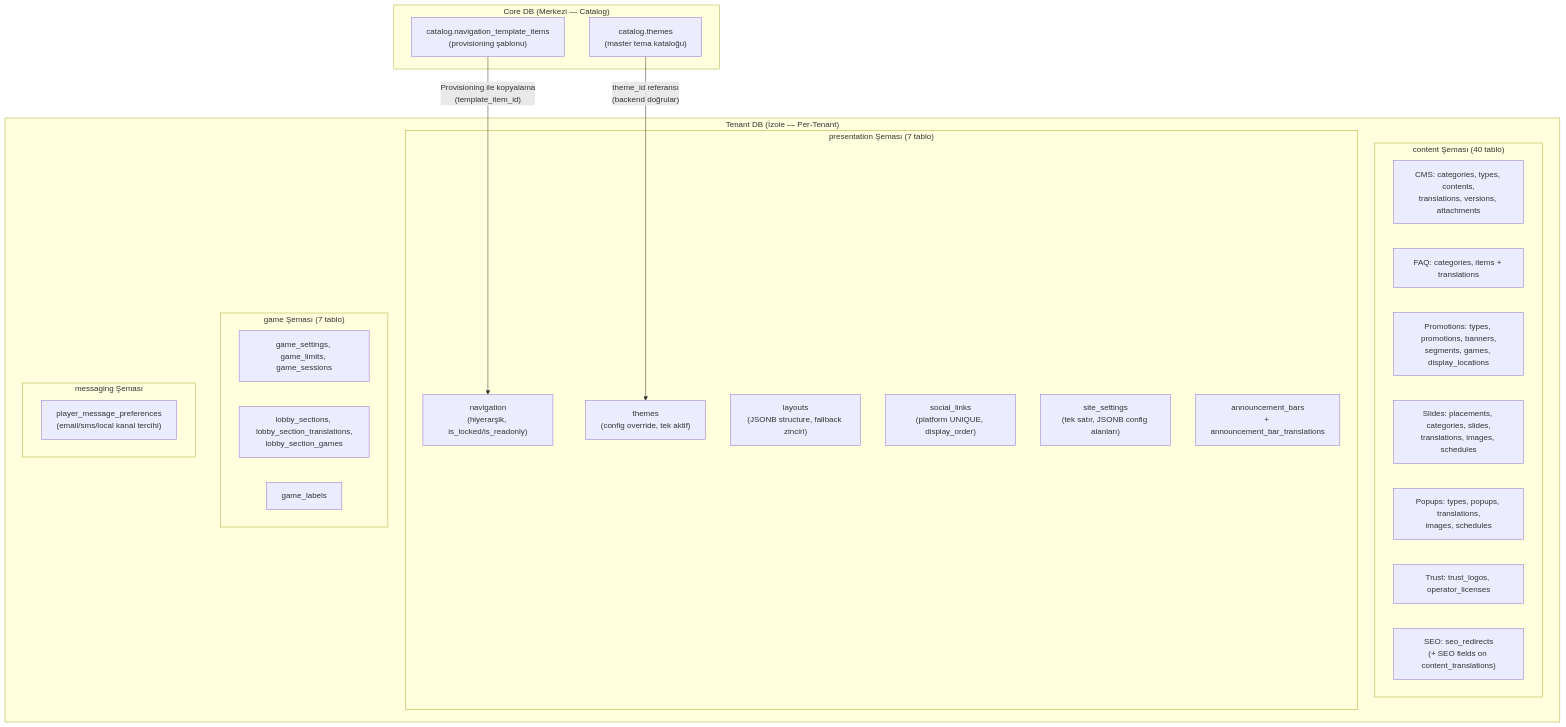
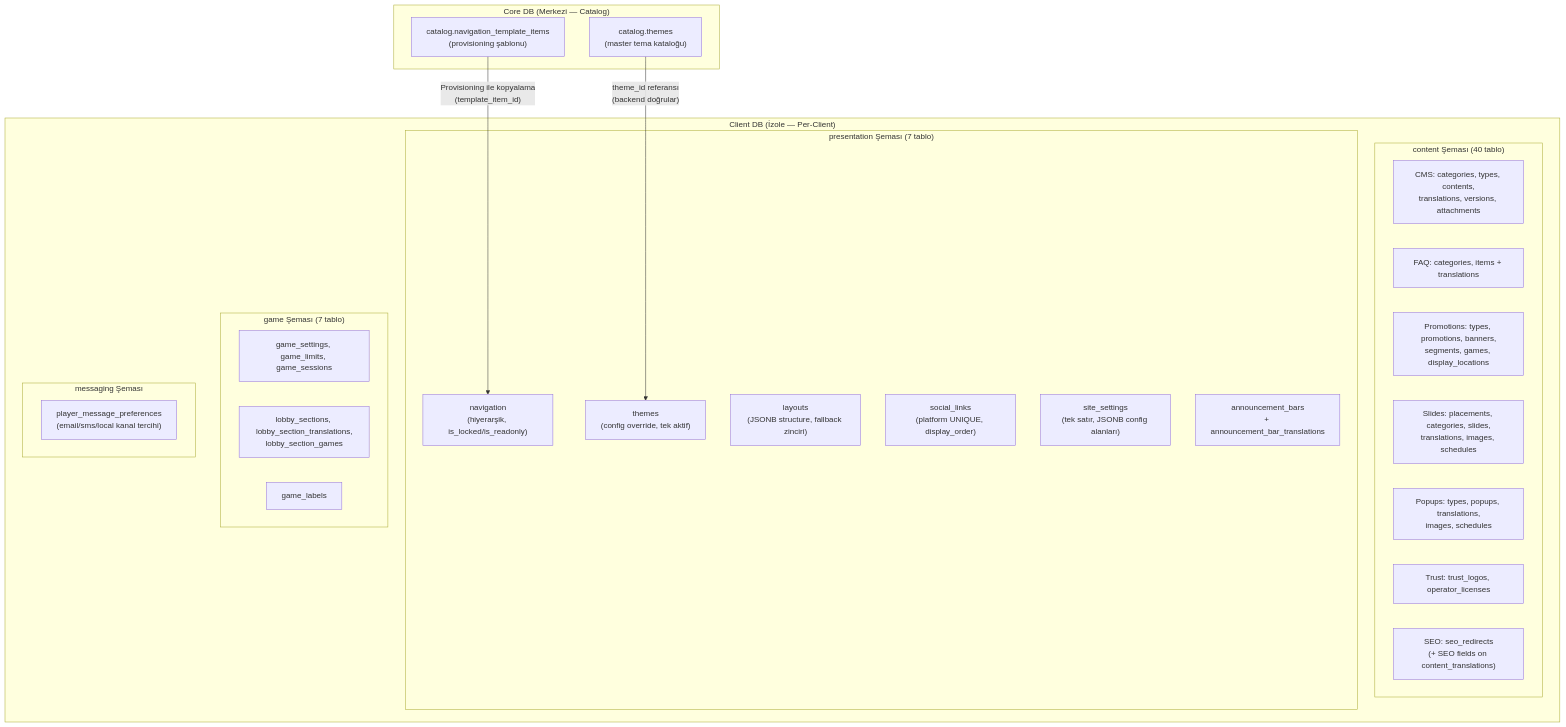
The first of 4 diagrams in .docs/guides/SITE_MANAGEMENT_GUIDE.md (frhtshn/One.DB), drawn with Mermaid before and after one commit. The commit also changed other lines of this file and 442 other files, not shown here.

First line of the commit message:
Nucleo → Sortis One ve tenant → client içerik güncellemeleri

````diff
--- a/.docs/guides/SITE_MANAGEMENT_GUIDE.md
+++ b/.docs/guides/SITE_MANAGEMENT_GUIDE.md
@@ -41,41 +41,41 @@
 ```mermaid
 flowchart TD
-    subgraph TENANT_DB["Tenant DB (İzole — Per-Tenant)"]
+    subgraph CLIENT_DB["Client DB (İzole — Per-Client)"]
         subgraph CONTENT["content Şeması (40 tablo)"]
             CMS["CMS: categories, types, contents,<br/>translations, versions, attachments"]
             FAQ["FAQ: categories, items + translations"]
             PROMO["Promotions: types, promotions, banners,<br/>segments, games, display_locations"]
             SLIDE["Slides: placements, categories, slides,<br/>translations, images, schedules"]
             POPUP["Popups: types, popups, translations,<br/>images, schedules"]
             TRUST["Trust: trust_logos, operator_licenses"]
             SEO["SEO: seo_redirects<br/>(+ SEO fields on content_translations)"]
         end
 
         subgraph PRES["presentation Şeması (7 tablo)"]
             NAV["navigation<br/>(hiyerarşik, is_locked/is_readonly)"]
             THEME["themes<br/>(config override, tek aktif)"]
             LAYOUT["layouts<br/>(JSONB structure, fallback zinciri)"]
             SOCIAL["social_links<br/>(platform UNIQUE, display_order)"]
             SITESET["site_settings<br/>(tek satır, JSONB config alanları)"]
             ANNBAR["announcement_bars<br/>+ announcement_bar_translations"]
         end
 
         subgraph GAME_SCHEMA["game Şeması (7 tablo)"]
             GSET["game_settings, game_limits, game_sessions"]
             LOBBY["lobby_sections, lobby_section_translations,<br/>lobby_section_games"]
             GLABEL["game_labels"]
         end
 
         subgraph MSG["messaging Şeması"]
             PREF["player_message_preferences<br/>(email/sms/local kanal tercihi)"]
         end
     end
 
     subgraph CORE_DB["Core DB (Merkezi — Catalog)"]
         CAT_THEME["catalog.themes<br/>(master tema kataloğu)"]
         CAT_NAV["catalog.navigation_template_items<br/>(provisioning şablonu)"]
     end
 
     CAT_THEME -->|"theme_id referansı<br/>(backend doğrular)"| THEME
     CAT_NAV -->|"Provisioning ile kopyalama<br/>(template_item_id)"| NAV
 ```
````
